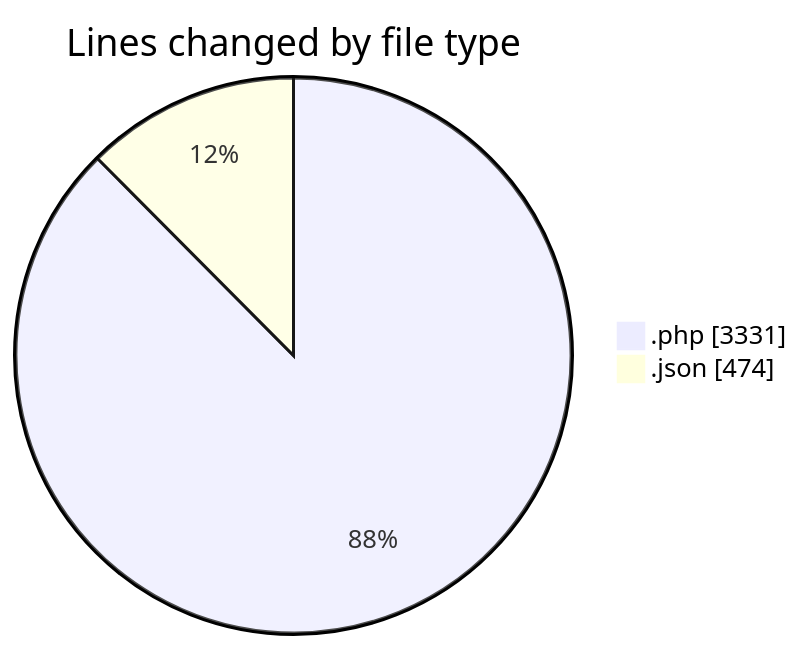
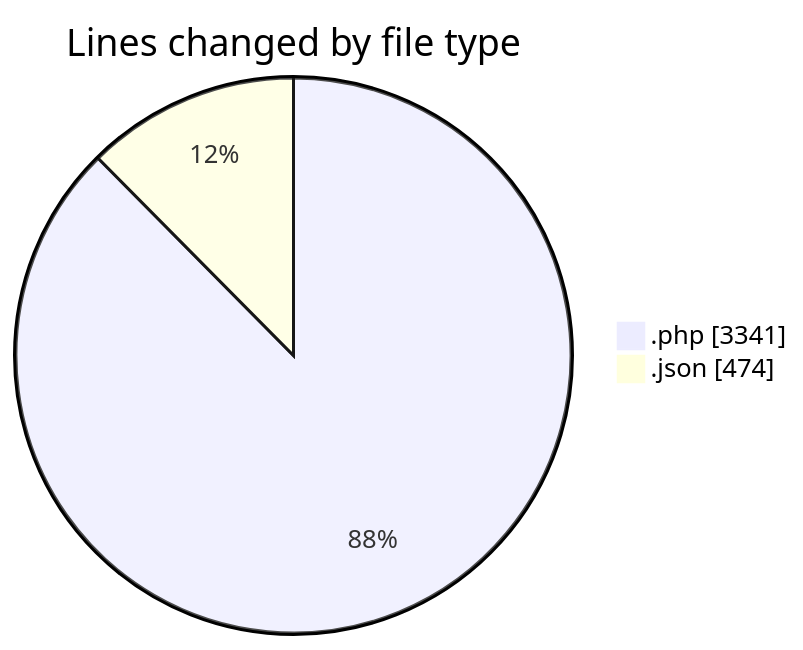
One commit to idhammustaqopulfikri/code-tracking changed the first of 2 diagrams in 2025-06-22/studio-backend/README.md. Above: the diagram before and after it, drawn with Mermaid. The commit also changed other lines of this file and 1 other file, not shown here.

````diff
--- a/2025-06-22/studio-backend/README.md
+++ b/2025-06-22/studio-backend/README.md
@@ -30,6 +30,6 @@
 ```mermaid
 pie showData
 title Lines changed by file type
-".php" : 3331
+".php" : 3341
 ".json" : 474
 ```
````
